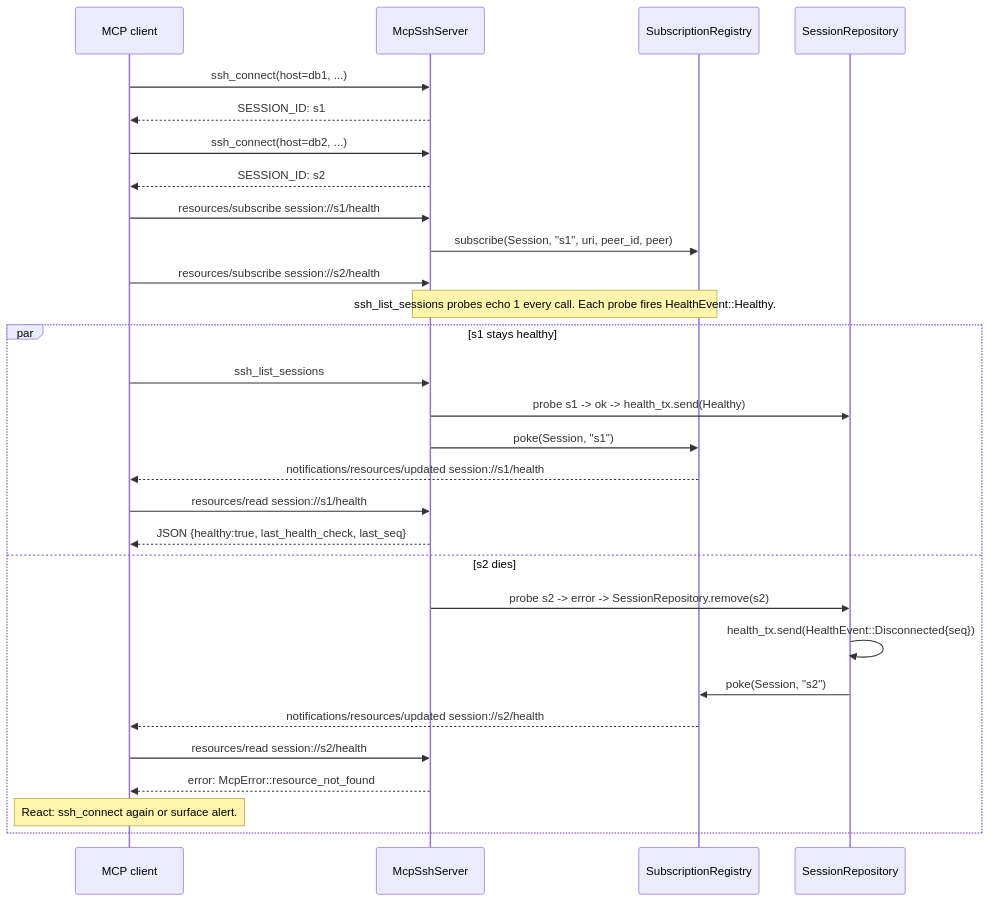
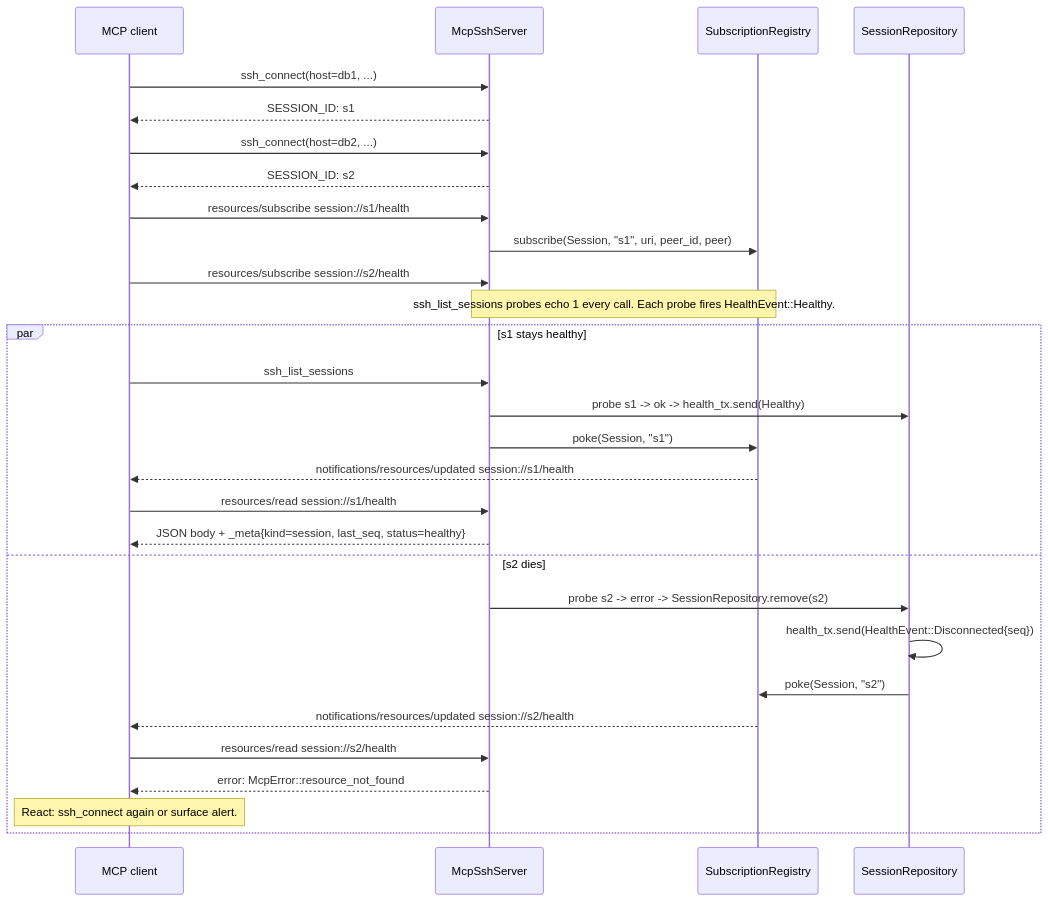
The eighth of 11 diagrams in docs/FLOWS.md (farchanjo/ssh-mcp), drawn with Mermaid before and after one commit. The commit also changed other lines of this file and 6 other files, not shown here.

First line of the commit message:
docs(v4.5): sync LLM_GUIDE/API/ERRORS/RESOURCES/FLOWS to v4.5.0 surface

````diff
--- a/docs/FLOWS.md
+++ b/docs/FLOWS.md
@@ -258,35 +259,35 @@
 ```mermaid
 sequenceDiagram
     participant Client as MCP client
     participant Server as McpSshServer
     participant Reg as SubscriptionRegistry
     participant SS as SessionRepository
 
     Client->>Server: ssh_connect(host=db1, ...)
     Server-->>Client: SESSION_ID: s1
     Client->>Server: ssh_connect(host=db2, ...)
     Server-->>Client: SESSION_ID: s2
 
     Client->>Server: resources/subscribe session://s1/health
     Server->>Reg: subscribe(Session, "s1", uri, peer_id, peer)
     Client->>Server: resources/subscribe session://s2/health
 
     Note over Server,Reg: ssh_list_sessions probes echo 1 every call. Each probe fires HealthEvent::Healthy.
 
     par s1 stays healthy
         Client->>Server: ssh_list_sessions
         Server->>SS: probe s1 -> ok -> health_tx.send(Healthy)
         Server->>Reg: poke(Session, "s1")
         Reg-->>Client: notifications/resources/updated session://s1/health
         Client->>Server: resources/read session://s1/health
-        Server-->>Client: JSON {healthy:true, last_health_check, last_seq}
+        Server-->>Client: JSON body + _meta{kind=session, last_seq, status=healthy}
     and s2 dies
         Server->>SS: probe s2 -> error -> SessionRepository.remove(s2)
         SS->>SS: health_tx.send(HealthEvent::Disconnected{seq})
         SS->>Reg: poke(Session, "s2")
         Reg-->>Client: notifications/resources/updated session://s2/health
         Client->>Server: resources/read session://s2/health
         Server-->>Client: error: McpError::resource_not_found
         Note over Client: React: ssh_connect again or surface alert.
     end
 ```
````
